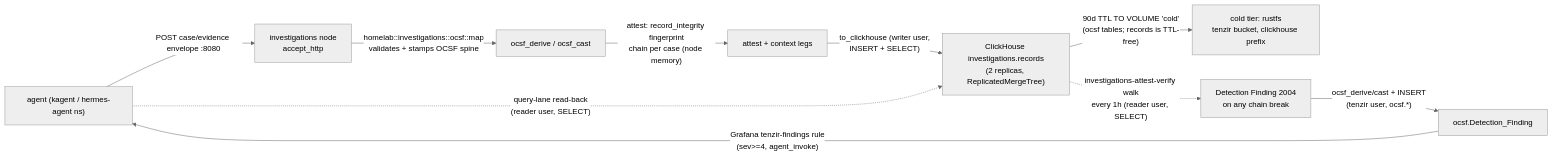
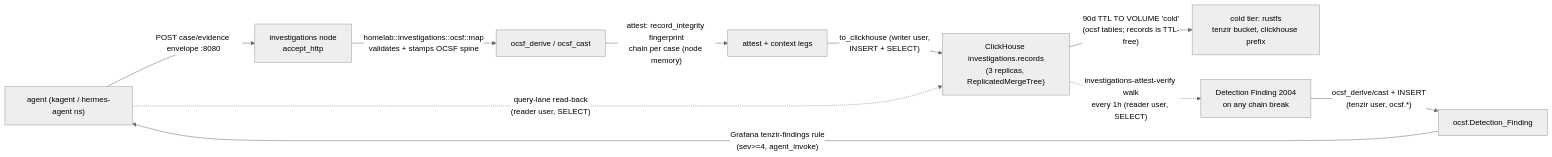
The first of 2 diagrams in flux/manifests/04-apps/security/tenzir/clickhouse/README.md (Apocrathia/homelab), drawn with Mermaid (neutral theme) before and after one commit. The commit also changed other lines of this file and 2 other files, not shown here.

First line of the commit message:
feat(clickhouse): restore third data replica

````diff
--- a/flux/manifests/04-apps/security/tenzir/clickhouse/README.md
+++ b/flux/manifests/04-apps/security/tenzir/clickhouse/README.md
@@ -203,12 +203,12 @@
 ```mermaid
 flowchart LR
     AG["agent (kagent / hermes-agent ns)"] -->|"POST case/evidence envelope :8080"| AH["investigations node<br/>accept_http"]
     AH -->|"homelab::investigations::ocsf::map<br/>validates + stamps OCSF spine"| MAP["ocsf_derive / ocsf_cast"]
     MAP -->|"attest: record_integrity fingerprint<br/>chain per case (node memory)"| AT["attest + context legs"]
-    AT -->|"to_clickhouse (writer user,<br/>INSERT + SELECT)"| CH["ClickHouse investigations.records<br/>(2 replicas, ReplicatedMergeTree)"]
+    AT -->|"to_clickhouse (writer user,<br/>INSERT + SELECT)"| CH["ClickHouse investigations.records<br/>(3 replicas, ReplicatedMergeTree)"]
     CH -->|"90d TTL TO VOLUME 'cold'<br/>(ocsf tables; records is TTL-free)"| COLD["cold tier: rustfs<br/>tenzir bucket, clickhouse prefix"]
     AG -.->|"query-lane read-back<br/>(reader user, SELECT)"| CH
     CH -.->|"investigations-attest-verify walk<br/>every 1h (reader user, SELECT)"| VFY["Detection Finding 2004<br/>on any chain break"]
     VFY -->|"ocsf_derive/cast + INSERT<br/>(tenzir user, ocsf.*)"| DF["ocsf.Detection_Finding"]
     DF -->|"Grafana tenzir-findings rule<br/>(sev>=4, agent_invoke)"| AG
 ```
````
